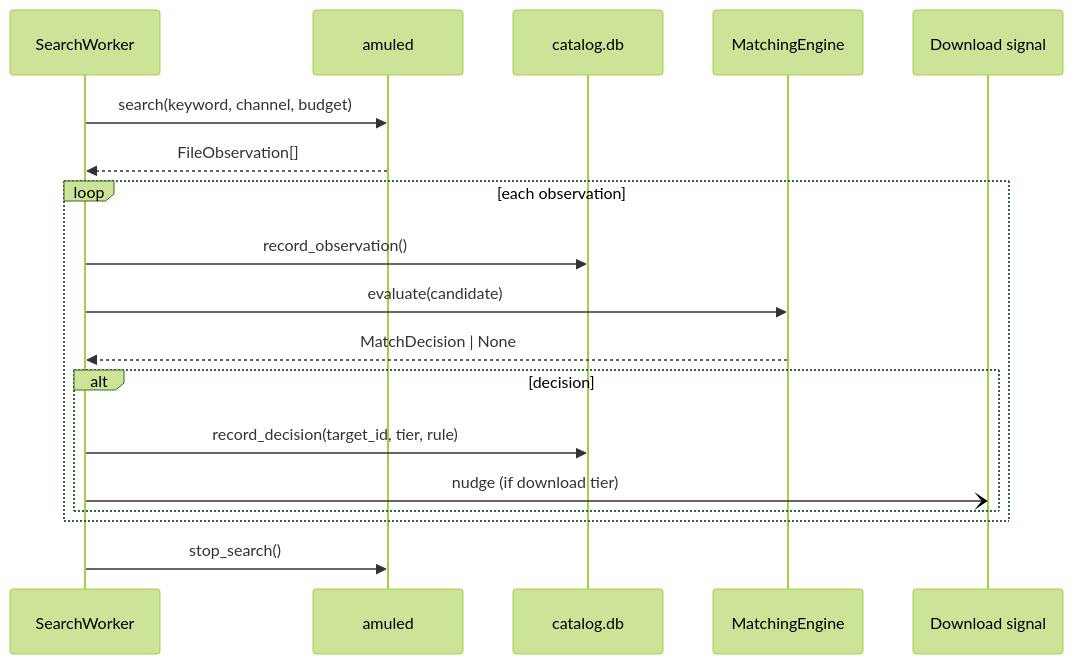
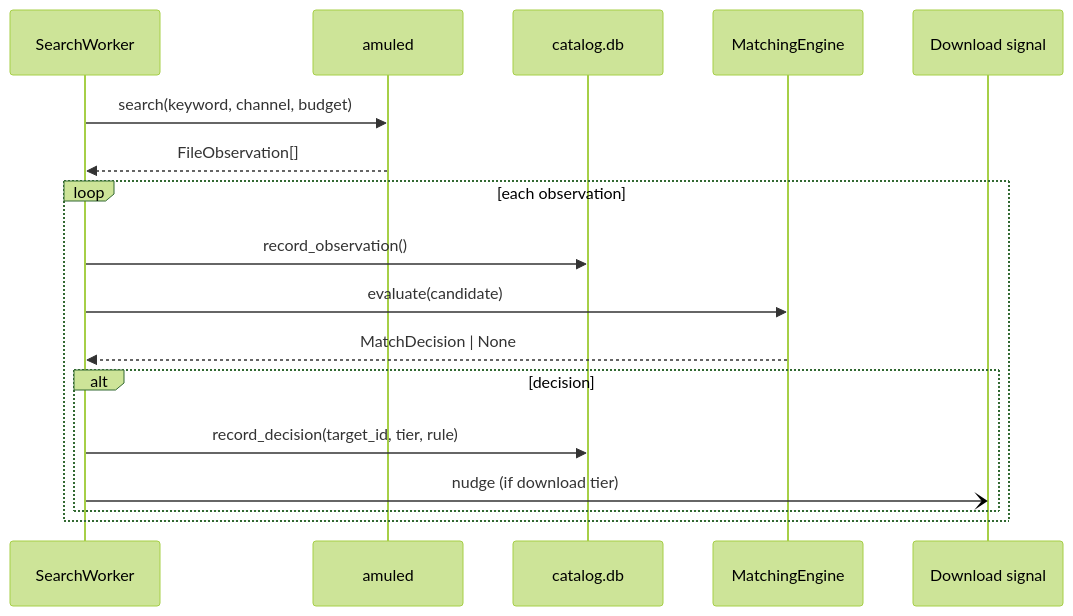
One commit to mission-titar/mulewatch changed the sixth of 10 diagrams in docs/contributing/architecture.md. Above: the diagram before and after it, drawn with Mermaid (forest theme). The commit also changed 8 other files, not shown here.

````diff
--- a/docs/contributing/architecture.md
+++ b/docs/contributing/architecture.md
@@ -205,21 +205,20 @@
 ```mermaid
 sequenceDiagram
   participant W as SearchWorker
   participant A as amuled
   participant C as catalog.db
   participant E as MatchingEngine
   participant D as Download signal
 
   W->>A: search(keyword, channel, budget)
   A-->>W: FileObservation[]
   loop each observation
     W->>C: record_observation()
     W->>E: evaluate(candidate)
     E-->>W: MatchDecision | None
     alt decision
       W->>C: record_decision(target_id, tier, rule)
       W-)D: nudge (if download tier)
     end
   end
-  W->>A: stop_search()
 ```
````
